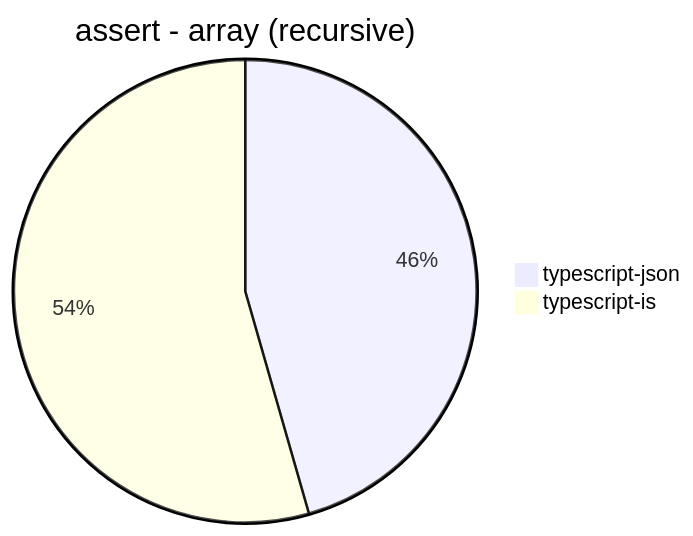
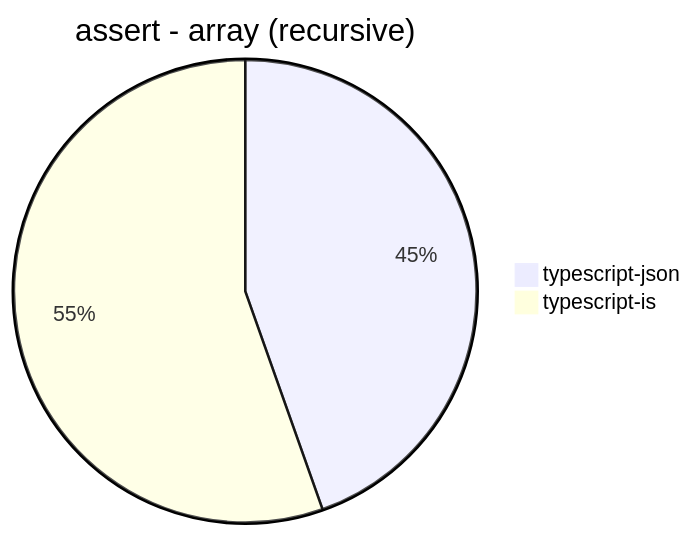
The fourth of 30 diagrams in benchmark/results/Apple M1.md (samchon/typia), drawn with Mermaid before and after one commit. The commit also changed other lines of this file, not shown here.

````diff
--- a/benchmark/results/Apple M1.md
+++ b/benchmark/results/Apple M1.md
@@ -38,5 +39,5 @@
 ```mermaid
 pie title assert - array (recursive)
-  "typescript-json": 1501.965188096575
-  "typescript-is": 1794.75827873207
+  "typescript-json": 1485.0094876660344
+  "typescript-is": 1846.265147404594
 ```
````
